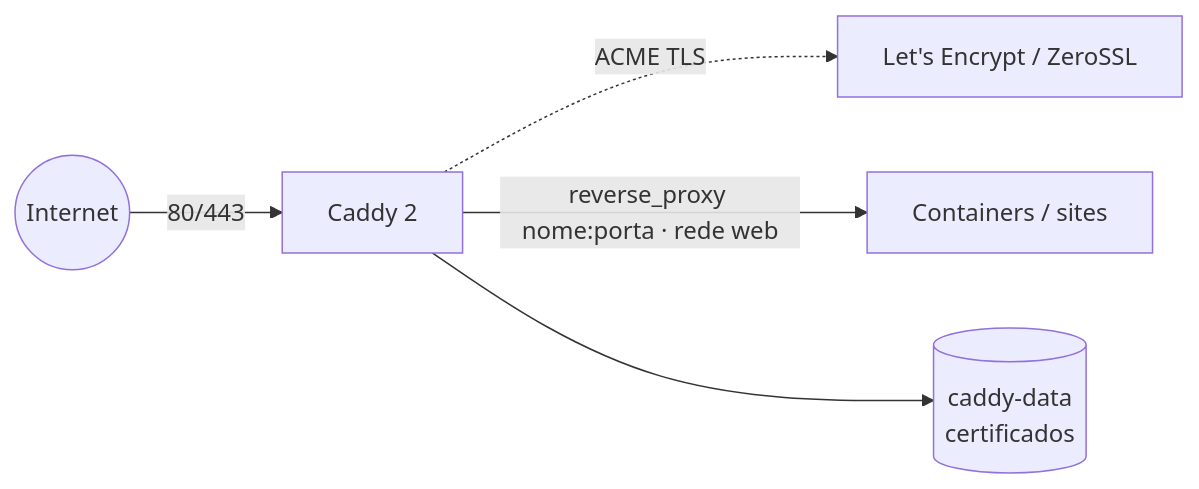
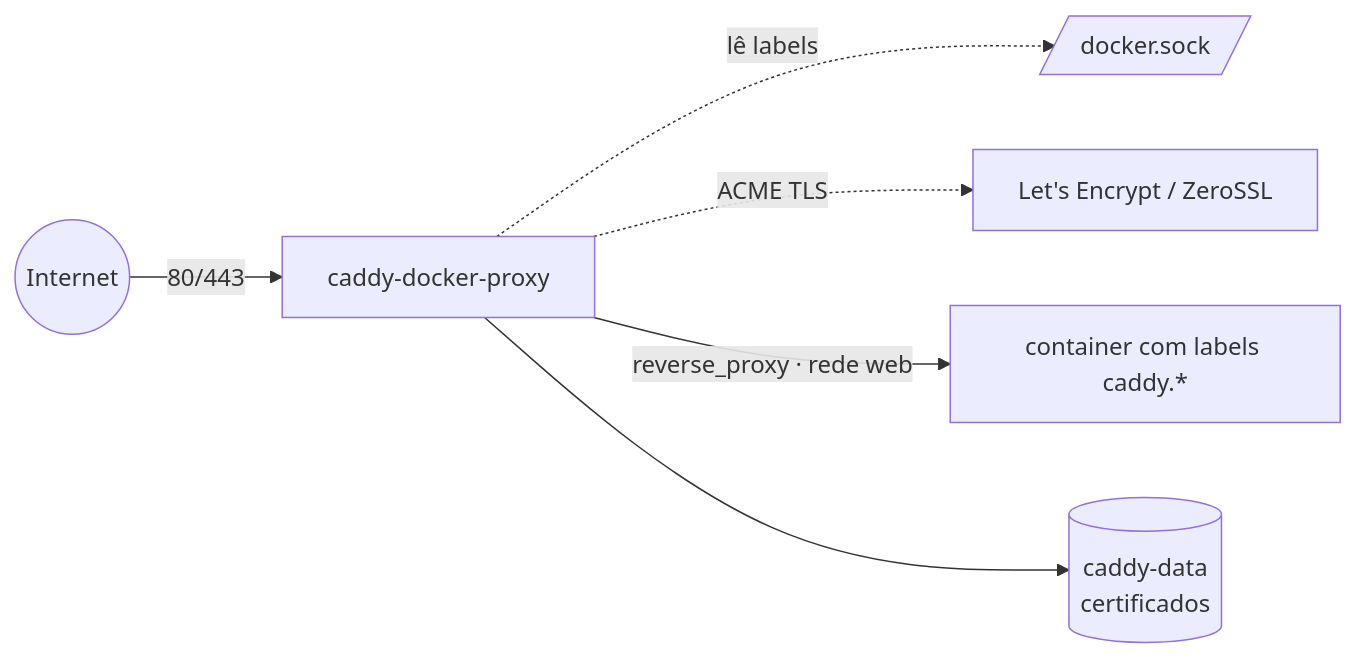
One commit to marcelofmatos/portainer-stacks changed the diagram in caddy/README.md. Above: the diagram before and after it, drawn with Mermaid. The commit also changed other lines of this file and 4 other files, not shown here.

First line of the commit message:
caddy: usa caddy-docker-proxy (config por labels dos containers)

````diff
--- a/caddy/README.md
+++ b/caddy/README.md
@@ -14,7 +19,8 @@
 ```mermaid
 flowchart LR
-    internet((Internet)) -->|80/443| caddy[Caddy 2]
+    internet((Internet)) -->|80/443| caddy[caddy-docker-proxy]
+    caddy -.->|lê labels| sock[/docker.sock/]
     caddy -.->|ACME TLS| acme[Let's Encrypt / ZeroSSL]
-    caddy -->|reverse_proxy nome:porta · rede web| apps[Containers / sites]
+    caddy -->|reverse_proxy · rede web| app[container com labels caddy.*]
     caddy --> certs[(caddy-data<br/>certificados)]
 ```
````
